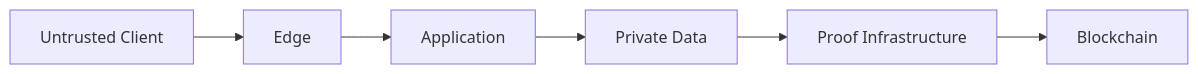
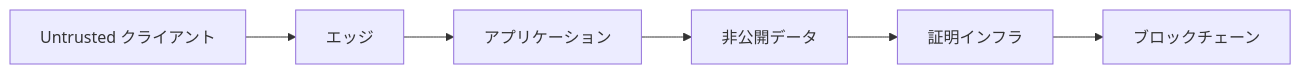
Before and after one commit to ShigeichiroYamasaki/creator-first-platform: the third of 48 diagrams in docs/whitepaper/10-security.md, drawn with Mermaid. The commit also changed other lines of this file and 72 other files, not shown here.

````diff
--- a/docs/whitepaper/10-security.md
+++ b/docs/whitepaper/10-security.md
@@ -122,12 +122,12 @@
 ```mermaid
 flowchart LR
-    CLIENT[Untrusted Client]
-    EDGE[Edge]
-    API[Application]
-    DATA[Private Data]
-    PROVER[Proof Infrastructure]
-    CHAIN[Blockchain]
+    CLIENT[Untrusted クライアント]
+    EDGE[エッジ]
+    API[アプリケーション]
+    DATA[非公開データ]
+    PROVER[証明インフラ]
+    CHAIN[ブロックチェーン]
 
     CLIENT --> EDGE --> API --> DATA
     DATA --> PROVER --> CHAIN
 ```
````
